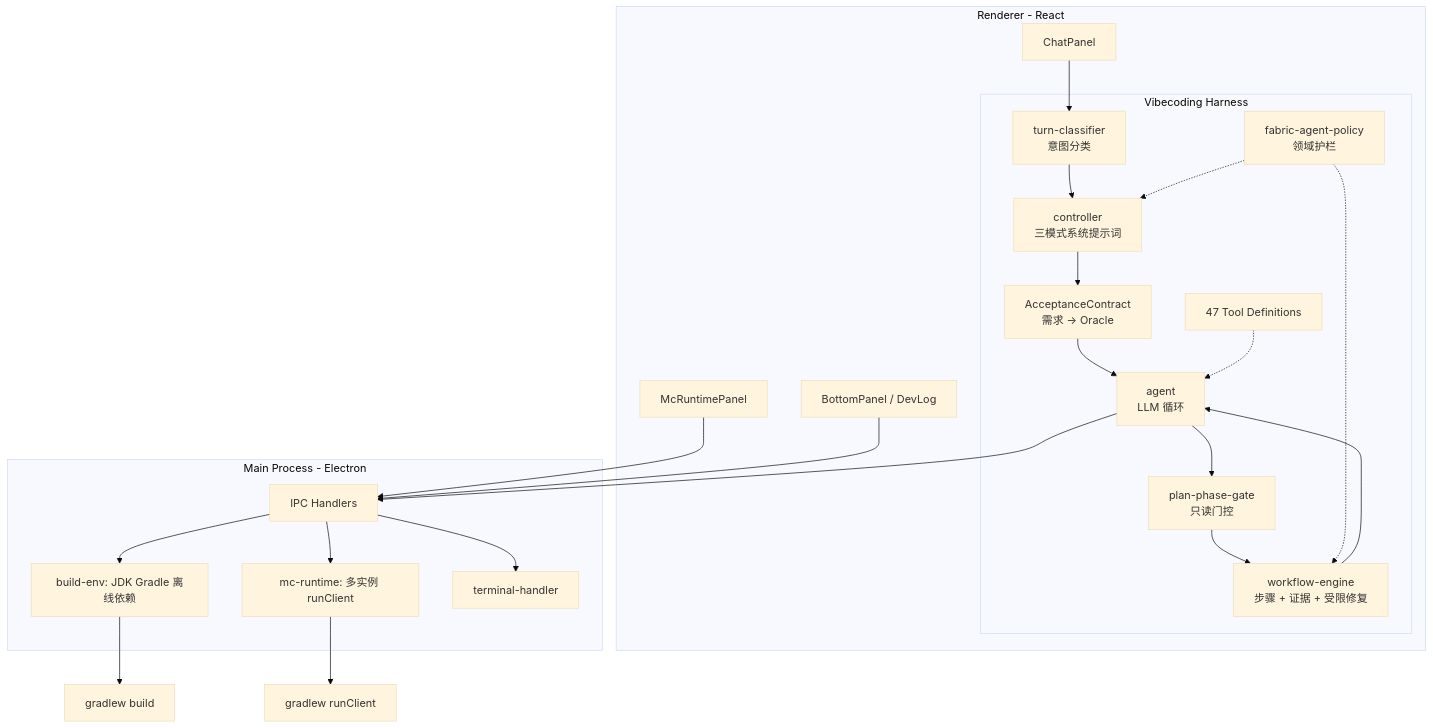
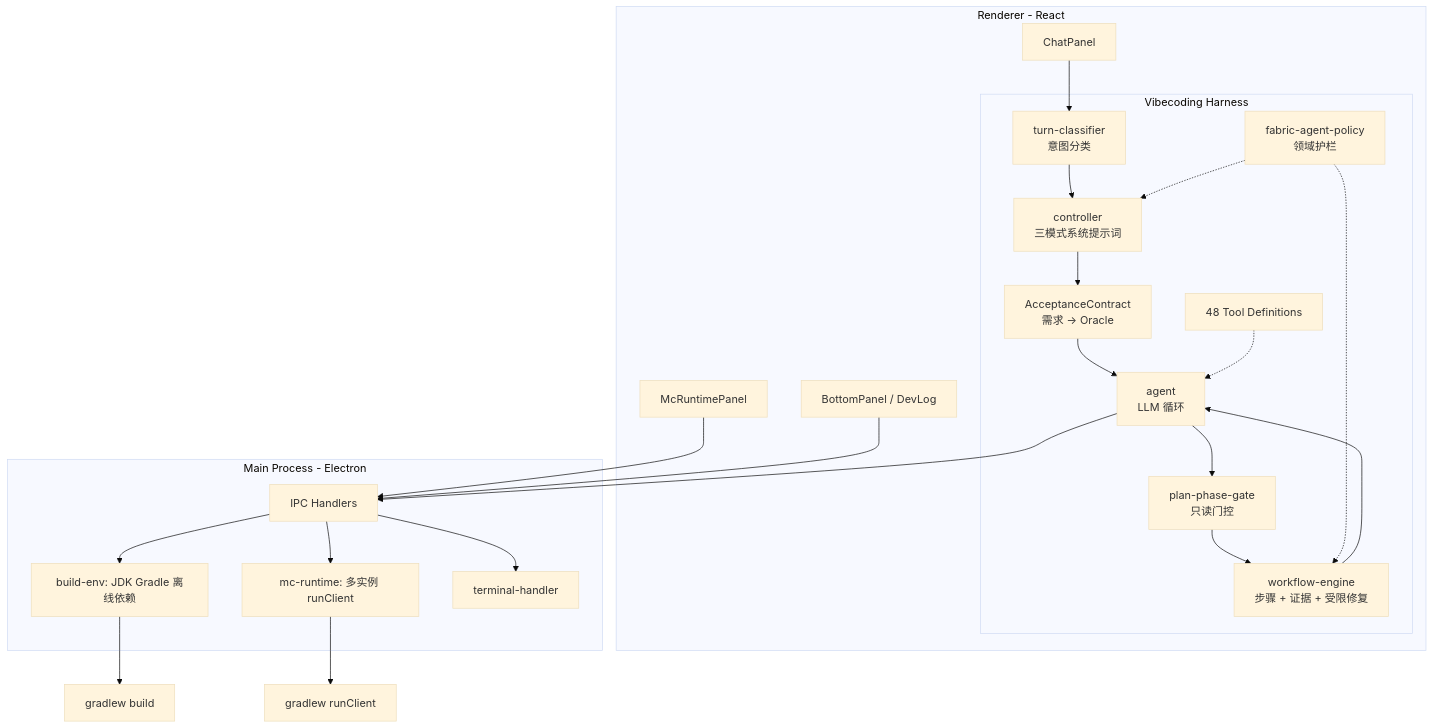
The diagram in README.md (newstarbar/ModCrafting), drawn with Mermaid (base theme) before and after one commit. The commit also changed other lines of this file and 37 other files, not shown here.

````diff
--- a/README.md
+++ b/README.md
@@ -127,42 +127,42 @@
 ```mermaid
 flowchart TB
   subgraph ui [Renderer - React]
     Chat[ChatPanel]
     subgraph harness [Vibecoding Harness]
       Classifier[turn-classifier<br/>意图分类]
       Controller[controller<br/>三模式系统提示词]
       Agent[agent<br/>LLM 循环]
       PlanGate[plan-phase-gate<br/>只读门控]
       Contract[AcceptanceContract<br/>需求 → Oracle]
       Workflow[workflow-engine<br/>步骤 + 证据 + 受限修复]
       Policy[fabric-agent-policy<br/>领域护栏]
-      Tools[47 Tool Definitions]
+      Tools[48 Tool Definitions]
     end
     Chat --> Classifier
     Classifier --> Controller
     Controller --> Contract
     Contract --> Agent
     Agent --> PlanGate
     PlanGate --> Workflow
     Workflow --> Agent
     Policy -.-> Controller
     Policy -.-> Workflow
     Tools -.-> Agent
     Game[McRuntimePanel]
     Adv[BottomPanel / DevLog]
   end
   subgraph main [Main Process - Electron]
     IPC[IPC Handlers]
     BuildEnv[build-env: JDK Gradle 离线依赖]
     McRT[mc-runtime: 多实例 runClient]
     Term[terminal-handler]
   end
   Agent --> IPC
   Game --> IPC
   Adv --> IPC
   IPC --> BuildEnv
   IPC --> McRT
   IPC --> Term
   BuildEnv --> Gradle[gradlew build]
   McRT --> RunClient[gradlew runClient]
 ```
````
